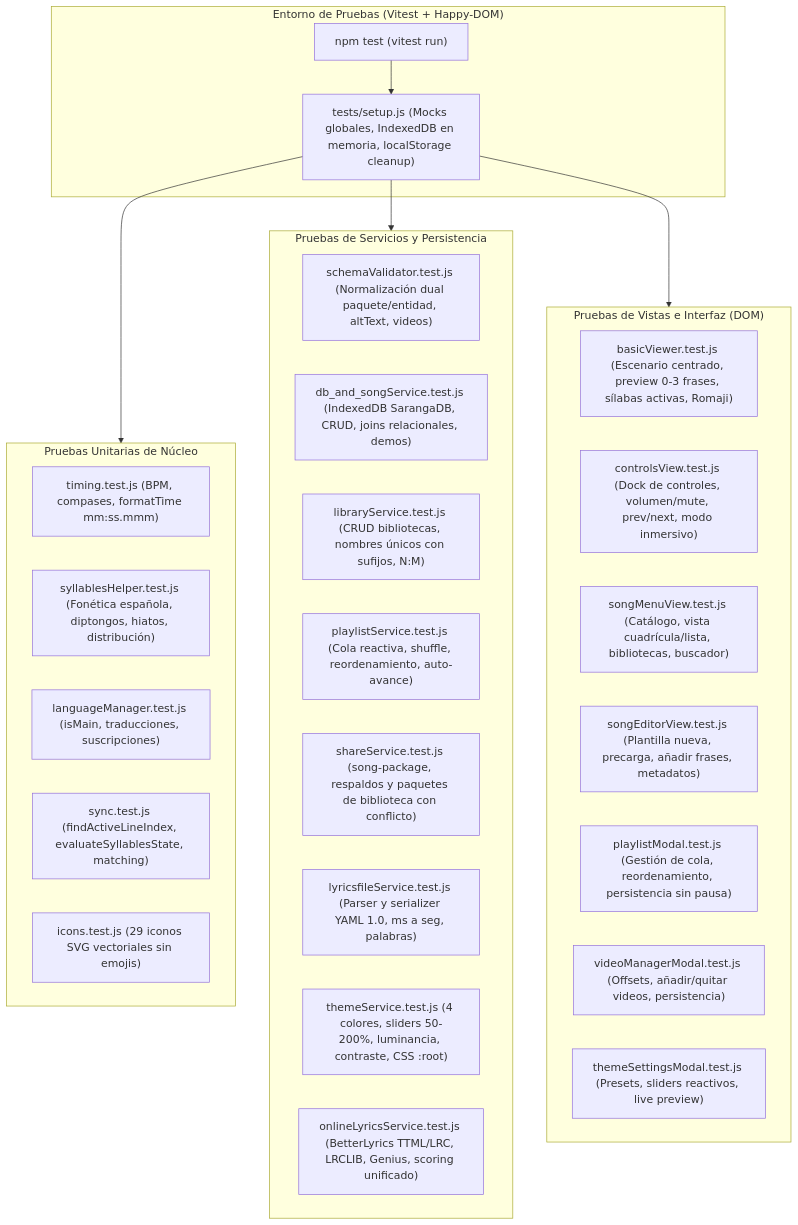
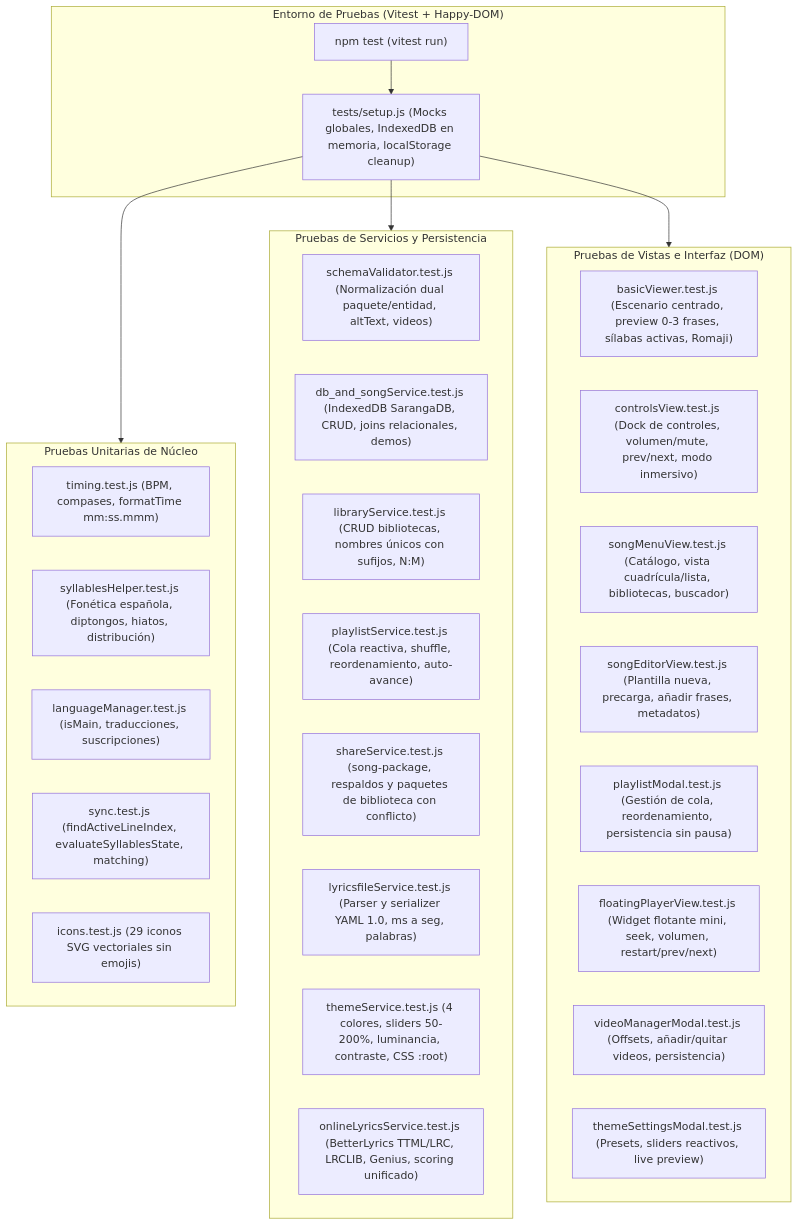
One commit to LeaMesi/LeaMesi.github.io changed the second of 3 diagrams in design.md. Above: the diagram before and after it, drawn with Mermaid. The commit also changed other lines of this file and 6 other files, not shown here.

````diff
--- a/design.md
+++ b/design.md
@@ -697,41 +697,42 @@
 ```mermaid
 graph TD
     subgraph TestRunner ["Entorno de Pruebas (Vitest + Happy-DOM)"]
         TestSetup["tests/setup.js (Mocks globales, IndexedDB en memoria, localStorage cleanup)"]
         RunnerCLI["npm test (vitest run)"]
     end
 
     subgraph UnitSuites ["Pruebas Unitarias de Núcleo"]
         TimingTest["timing.test.js (BPM, compases, formatTime mm:ss.mmm)"]
         SyllablesTest["syllablesHelper.test.js (Fonética española, diptongos, hiatos, distribución)"]
         LanguageTest["languageManager.test.js (isMain, traducciones, suscripciones)"]
         SyncTest["sync.test.js (findActiveLineIndex, evaluateSyllablesState, matching)"]
         IconsTest["icons.test.js (29 iconos SVG vectoriales sin emojis)"]
     end
 
     subgraph ServiceSuites ["Pruebas de Servicios y Persistencia"]
         SchemaTest["schemaValidator.test.js (Normalización dual paquete/entidad, altText, videos)"]
         DBTest["db_and_songService.test.js (IndexedDB SarangaDB, CRUD, joins relacionales, demos)"]
         LibraryTest["libraryService.test.js (CRUD bibliotecas, nombres únicos con sufijos, N:M)"]
         PlaylistTest["playlistService.test.js (Cola reactiva, shuffle, reordenamiento, auto-avance)"]
         ShareTest["shareService.test.js (song-package, respaldos y paquetes de biblioteca con conflicto)"]
         LyricsfileTest["lyricsfileService.test.js (Parser y serializer YAML 1.0, ms a seg, palabras)"]
         ThemeTest["themeService.test.js (4 colores, sliders 50-200%, luminancia, contraste, CSS :root)"]
         OnlineTest["onlineLyricsService.test.js (BetterLyrics TTML/LRC, LRCLIB, Genius, scoring unificado)"]
     end
 
     subgraph ViewSuites ["Pruebas de Vistas e Interfaz (DOM)"]
         BasicViewerTest["basicViewer.test.js (Escenario centrado, preview 0-3 frases, sílabas activas, Romaji)"]
         ControlsViewTest["controlsView.test.js (Dock de controles, volumen/mute, prev/next, modo inmersivo)"]
         SongMenuViewTest["songMenuView.test.js (Catálogo, vista cuadrícula/lista, bibliotecas, buscador)"]
         SongEditorTest["songEditorView.test.js (Plantilla nueva, precarga, añadir frases, metadatos)"]
         PlaylistModalTest["playlistModal.test.js (Gestión de cola, reordenamiento, persistencia sin pausa)"]
+        FloatingPlayerTest["floatingPlayerView.test.js (Widget flotante mini, seek, volumen, restart/prev/next)"]
         VideoModalTest["videoManagerModal.test.js (Offsets, añadir/quitar videos, persistencia)"]
         ThemeModalTest["themeSettingsModal.test.js (Presets, sliders reactivos, live preview)"]
     end
 
     RunnerCLI --> TestSetup
     TestSetup --> UnitSuites
     TestSetup --> ServiceSuites
     TestSetup --> ViewSuites
 ```
````
